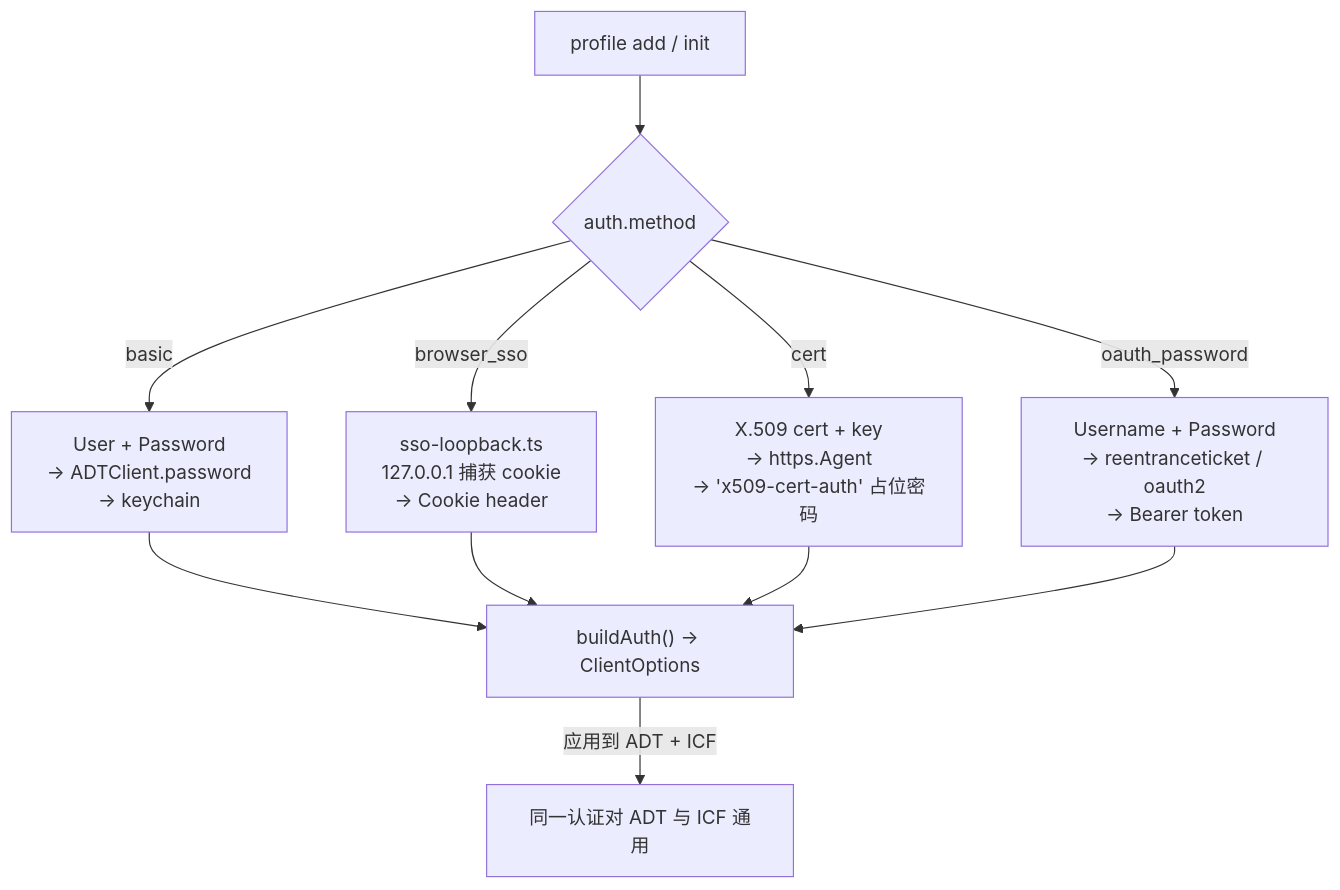
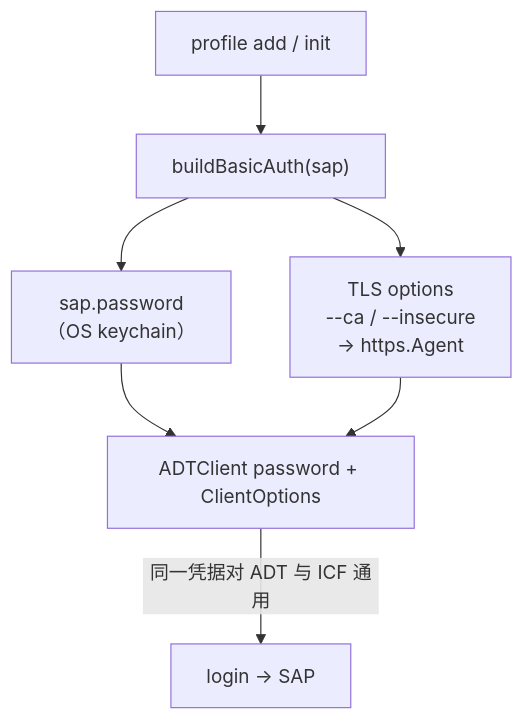
Before and after one commit to chunrichi/abap-cli: the fifth of 7 diagrams in wiki/architecture-diagrams.md, drawn with Mermaid. The commit also changed other lines of this file and 78 other files, not shown here.

First line of the commit message:
refactor(auth): keep basic auth only (#27)

````diff
--- a/wiki/architecture-diagrams.md
+++ b/wiki/architecture-diagrams.md
@@ -141,13 +141,9 @@
 ```mermaid
 flowchart TD
-  Start["profile add / init"] --> Auth{auth.method}
-  Auth -->|basic| B["User + Password<br/>→ ADTClient.password<br/>→ keychain"]
-  Auth -->|browser_sso| SSO["sso-loopback.ts<br/>127.0.0.1 捕获 cookie<br/>→ Cookie header"]
-  Auth -->|cert| C["X.509 cert + key<br/>→ https.Agent<br/>→ 'x509-cert-auth' 占位密码"]
-  Auth -->|oauth_password| O["Username + Password<br/>→ reentranceticket / oauth2<br/>→ Bearer token"]
-  B --> Apply["buildAuth() → ClientOptions"]
-  SSO --> Apply
-  C --> Apply
-  O --> Apply
-  Apply -->|应用到 ADT + ICF| Done["同一认证对 ADT 与 ICF 通用"]
+  Start["profile add / init"] --> Auth["buildBasicAuth(sap)"]
+  Auth --> P["sap.password<br/>（OS keychain）"]
+  Auth --> T["TLS options<br/>--ca / --insecure<br/>→ https.Agent"]
+  P --> Apply["ADTClient password + ClientOptions"]
+  T --> Apply
+  Apply -->|"同一凭据对 ADT 与 ICF 通用"| Done["login → SAP"]
 ```
````
